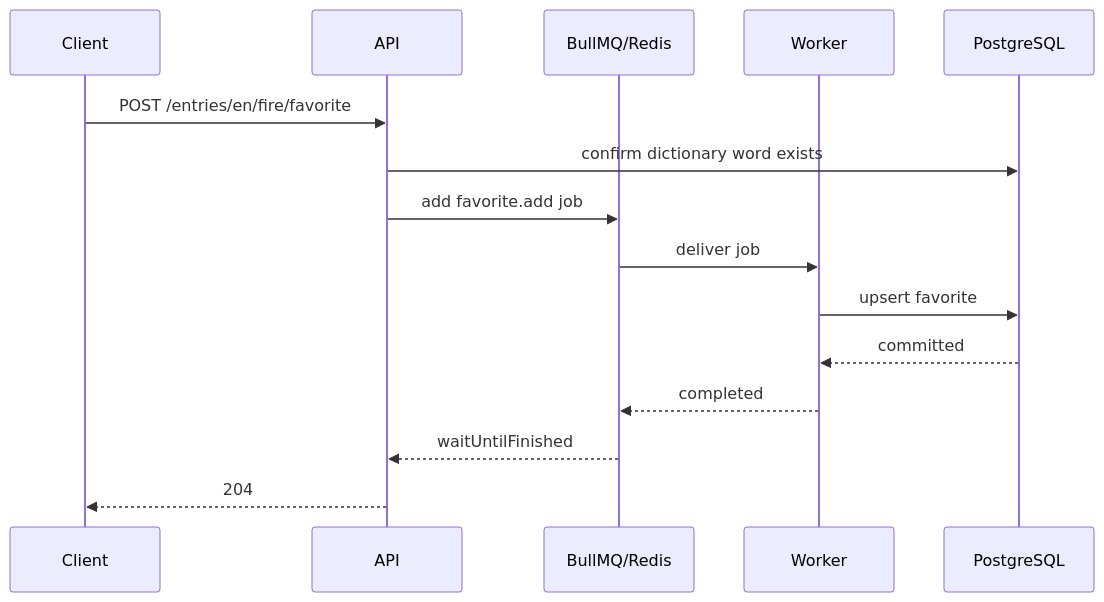
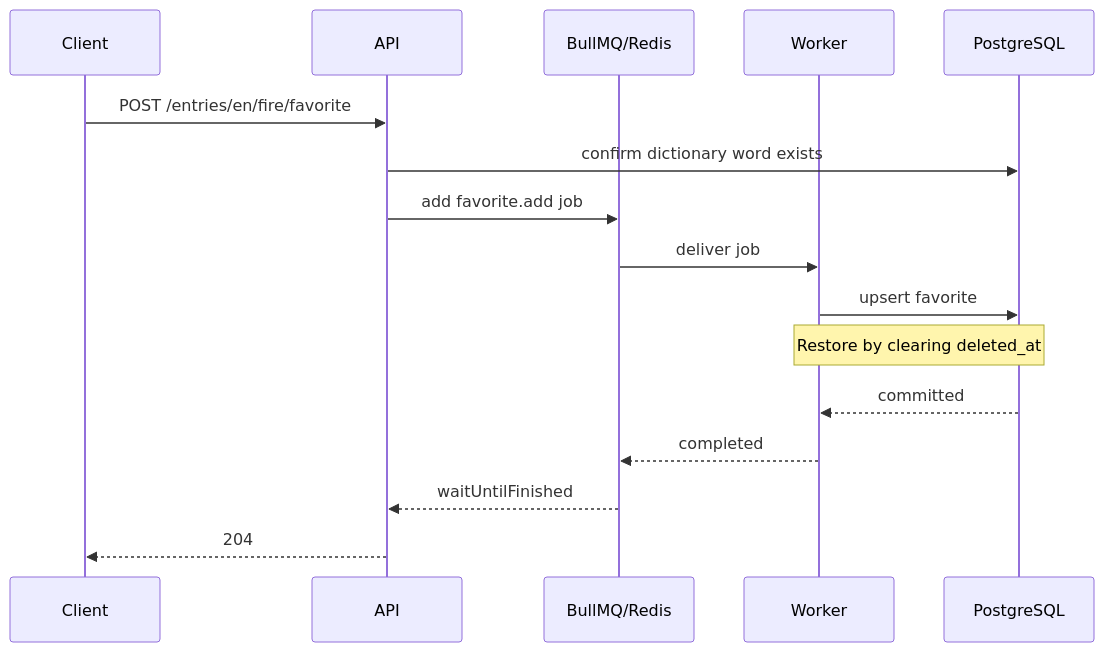
One commit to C4BRALL/english-dictionary-api changed the third of 4 diagrams in docs/architecture.md. Above: the diagram before and after it, drawn with Mermaid. The commit also changed other lines of this file and 2 other files, not shown here.

````diff
--- a/docs/architecture.md
+++ b/docs/architecture.md
@@ -67,18 +69,19 @@
 ```mermaid
 sequenceDiagram
   participant Client
   participant API
   participant Queue as BullMQ/Redis
   participant Worker
   participant DB as PostgreSQL
 
   Client->>API: POST /entries/en/fire/favorite
   API->>DB: confirm dictionary word exists
   API->>Queue: add favorite.add job
   Queue->>Worker: deliver job
   Worker->>DB: upsert favorite
+  Note over Worker,DB: Restore by clearing deleted_at
   DB-->>Worker: committed
   Worker-->>Queue: completed
   Queue-->>API: waitUntilFinished
   API-->>Client: 204
 ```
````
